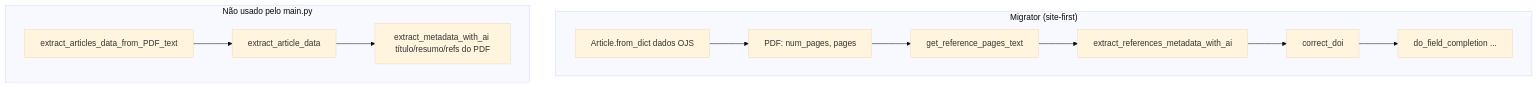
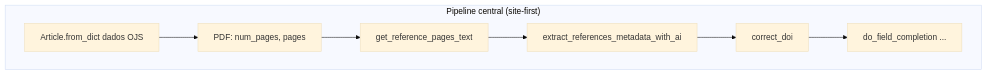
The third of 8 diagrams in docs/diagrama_chamadas.md (patriciajaques/ceie-proceedings-migration), drawn with Mermaid (base theme) before and after one commit. The commit also changed other lines of this file and 49 other files, not shown here.

````diff
--- a/docs/diagrama_chamadas.md
+++ b/docs/diagrama_chamadas.md
@@ -90,15 +112,10 @@
 ```mermaid
 flowchart TB
-    subgraph migrator_hoje["Migrator (site-first)"]
+    subgraph pipeline["Pipeline central (site-first)"]
         M1[Article.from_dict dados OJS] --> M2[PDF: num_pages, pages]
         M2 --> M3[get_reference_pages_text]
         M3 --> M4[extract_references_metadata_with_ai]
         M4 --> M5[correct_doi]
         M5 --> M6[do_field_completion ...]
     end
-
-    subgraph legado["Não usado pelo main.py"]
-        L1[extract_articles_data_from_PDF_text] --> L2[extract_article_data]
-        L2 --> L3[extract_metadata_with_ai título/resumo/refs do PDF]
-    end
 ```
````
